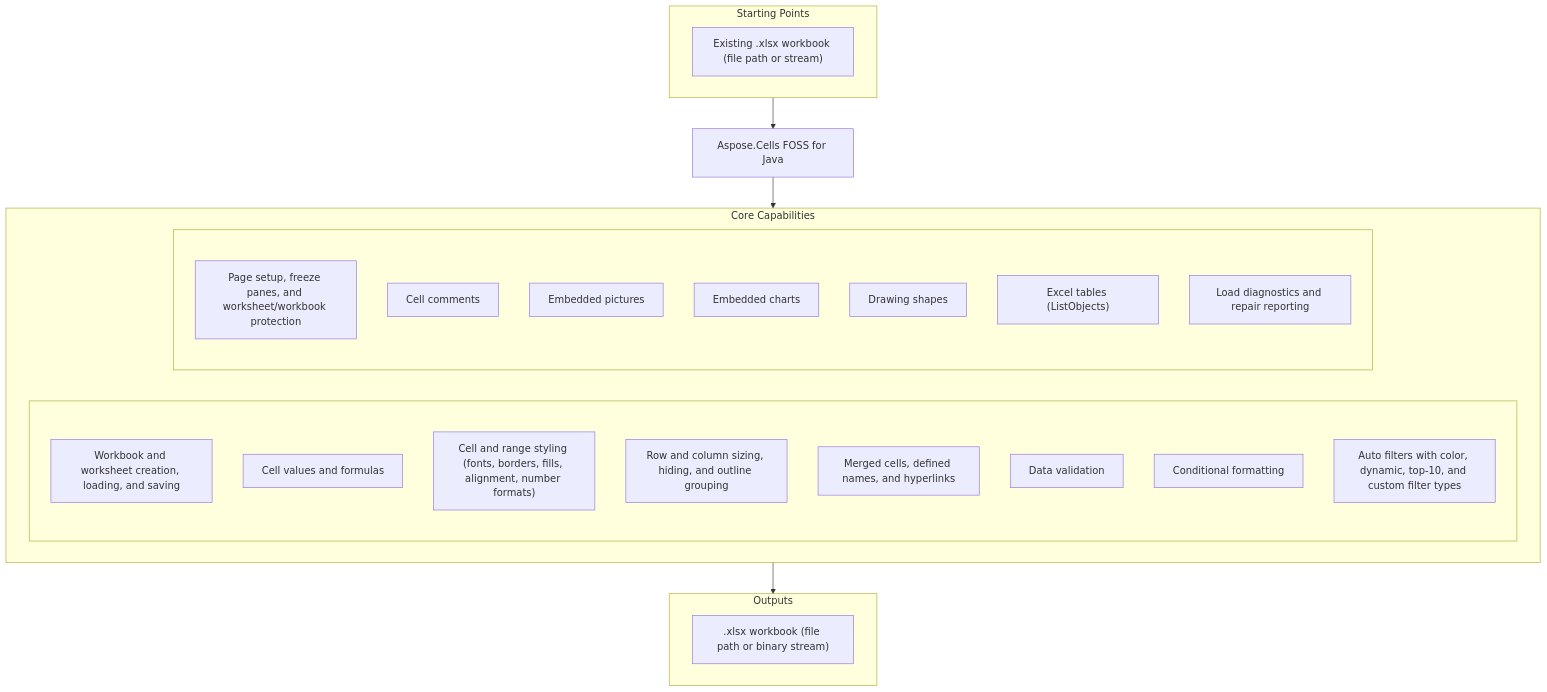
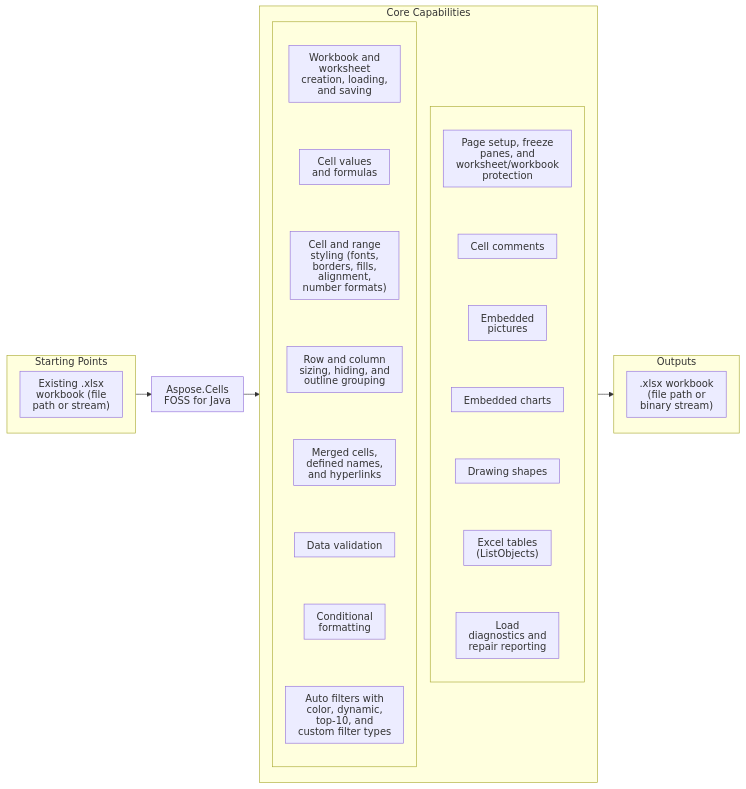
Before and after one commit to aspose-cells-foss/Aspose.Cells-FOSS-for-Java: the diagram in README.md, drawn with Mermaid.

Commit message:
Update README via repository-presenter
candidate_hash: 2ae194d91cdbdb9b1566764f4d7f3df964cf69ab9c9817dea90e7ab1efaa25a2
source_revision: c65329e7257b1311abb9686d7e4957a8cc002955
approver: babar-raza

````diff
--- a/README.md
+++ b/README.md
@@ -32,35 +32,40 @@
 ```mermaid
-flowchart TD
+%%{init: {"htmlLabels": false, "flowchart": {"htmlLabels": false, "nodeSpacing": 22, "rankSpacing": 26, "padding": 10, "useMaxWidth": true, "wrappingWidth": 400}}}%%
+flowchart LR
   subgraph StartingPoints["Starting Points"]
-    i1["Existing .xlsx workbook (file path or stream)"]
+    direction TB
+    i1["Existing .xlsx<br/>workbook (file<br/>path or stream)"]
   end
-  PRODUCT["Aspose.Cells FOSS for Java"]
+  PRODUCT["Aspose.Cells<br/>FOSS for Java"]
   subgraph Capabilities["Core Capabilities"]
-    direction LR
+    direction TB
+    subgraph capr[" "]
+      direction TB
+      c9["Page setup, freeze<br/>panes, and<br/>worksheet/workbook<br/>protection"]
+      c10["Cell comments"]
+      c11["Embedded<br/>pictures"]
+      c12["Embedded charts"]
+      c13["Drawing shapes"]
+      c14["Excel tables<br/>(ListObjects)"]
+      c15["Load<br/>diagnostics and<br/>repair reporting"]
+      c9 ~~~ c10 ~~~ c11 ~~~ c12 ~~~ c13 ~~~ c14 ~~~ c15
+    end
     subgraph capl[" "]
       direction TB
-      c1["Workbook and worksheet creation, loading, and saving"]
-      c2["Cell values and formulas"]
-      c3["Cell and range styling (fonts, borders, fills, alignment, number formats)"]
-      c4["Row and column sizing, hiding, and outline grouping"]
-      c5["Merged cells, defined names, and hyperlinks"]
+      c1["Workbook and<br/>worksheet<br/>creation, loading,<br/>and saving"]
+      c2["Cell values<br/>and formulas"]
+      c3["Cell and range<br/>styling (fonts,<br/>borders, fills,<br/>alignment,<br/>number formats)"]
+      c4["Row and column<br/>sizing, hiding, and<br/>outline grouping"]
+      c5["Merged cells,<br/>defined names,<br/>and hyperlinks"]
       c6["Data validation"]
-      c7["Conditional formatting"]
-      c8["Auto filters with color, dynamic, top-10, and custom filter types"]
-    end
-    subgraph capr[" "]
-      direction TB
-      c9["Page setup, freeze panes, and worksheet/workbook protection"]
-      c10["Cell comments"]
-      c11["Embedded pictures"]
-      c12["Embedded charts"]
-      c13["Drawing shapes"]
-      c14["Excel tables (ListObjects)"]
-      c15["Load diagnostics and repair reporting"]
+      c7["Conditional<br/>formatting"]
+      c8["Auto filters with<br/>color, dynamic,<br/>top-10, and<br/>custom filter types"]
+      c1 ~~~ c2 ~~~ c3 ~~~ c4 ~~~ c5 ~~~ c6 ~~~ c7 ~~~ c8
     end
   end
   subgraph Outputs["Outputs"]
-    o1[".xlsx workbook (file path or binary stream)"]
+    direction TB
+    o1[".xlsx workbook<br/>(file path or<br/>binary stream)"]
   end
   StartingPoints --> PRODUCT --> Capabilities --> Outputs
 ```
````
